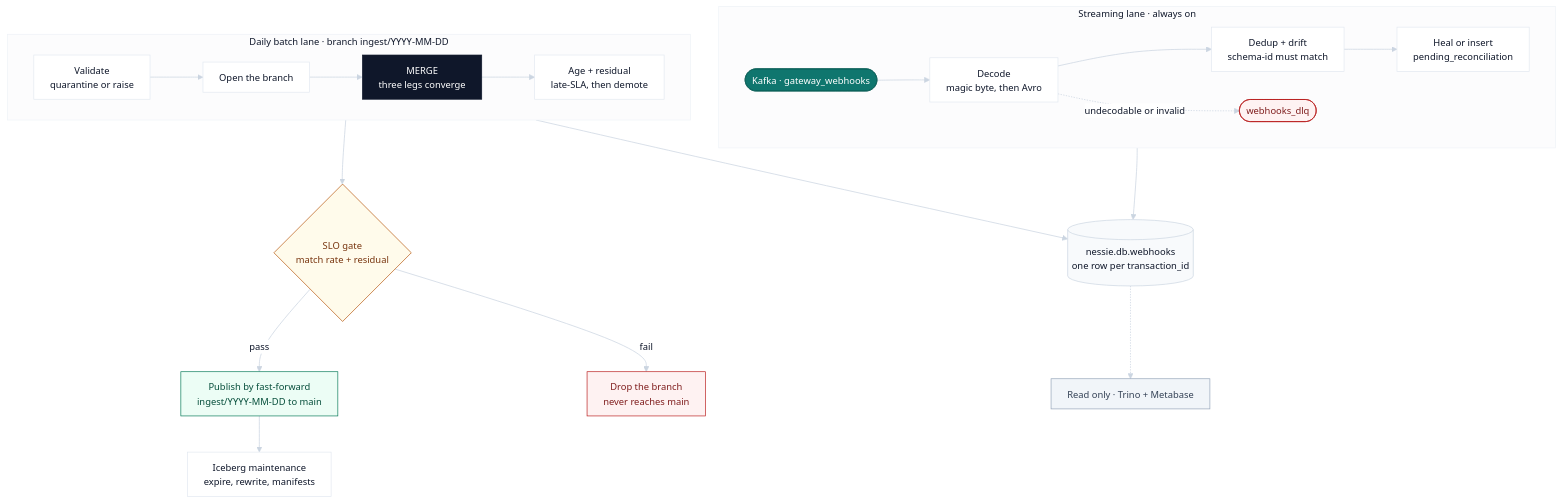
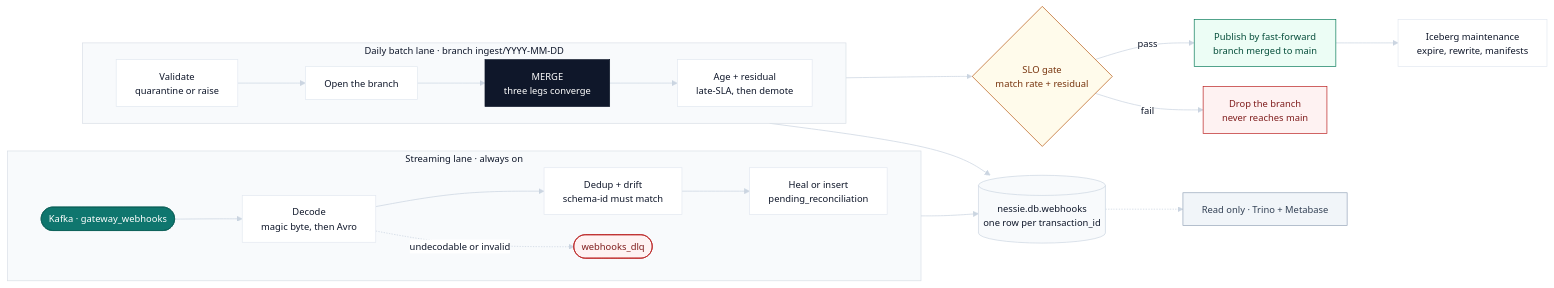
One commit to DhanushPillay/tx-recon changed the diagram in README.md. Above: the diagram before and after it, drawn with Mermaid. The commit also changed 1 other file, not shown here.

````diff
--- a/README.md
+++ b/README.md
@@ -87,36 +87,36 @@
 ```mermaid
-%%{init: {"theme": "base", "themeVariables": {"fontFamily": "Inter, Segoe UI, system-ui, sans-serif", "fontSize": "14px", "primaryColor": "#FFFFFF", "primaryTextColor": "#0F172A", "primaryBorderColor": "#E2E8F0", "lineColor": "#CBD5E1", "secondaryColor": "#F8FAFC", "tertiaryColor": "#F1F5F9", "clusterBkg": "#FCFCFD", "clusterBorder": "#EEF2F7", "edgeLabelBackground": "#FFFFFF", "mainBkg": "#FFFFFF", "titleColor": "#0F172A"}, "flowchart": {"curve": "basis", "nodeSpacing": 42, "rankSpacing": 54, "padding": 12, "useMaxWidth": true}}}%%
-flowchart TB
+%%{init: {"theme": "base", "look": "classic", "layout": "dagre", "themeVariables": {"fontSize": "14px", "primaryColor": "#FFFFFF", "primaryTextColor": "#0F172A", "primaryBorderColor": "#E2E8F0", "lineColor": "#CBD5E1", "secondaryColor": "#F8FAFC", "tertiaryColor": "#F1F5F9", "clusterBkg": "#FCFCFD", "clusterBorder": "#EEF2F7", "edgeLabelBackground": "#FFFFFF", "mainBkg": "#FFFFFF", "titleColor": "#0F172A", "useGradient": false}, "flowchart": {"curve": "basis", "nodeSpacing": 30, "rankSpacing": 76, "padding": 14, "useMaxWidth": true}}}%%
+flowchart LR
   subgraph SL["Streaming lane · always on"]
     direction LR
     K(["Kafka · gateway_webhooks"]):::ing --> D["Decode<br/>magic byte, then Avro"] --> DD["Dedup + drift<br/>schema-id must match"] --> H["Heal or insert<br/>pending_reconciliation"]
     D -.->|"undecodable or invalid"| DQ(["webhooks_dlq"]):::dead
   end
 
   subgraph BL["Daily batch lane · branch ingest/YYYY-MM-DD"]
     direction LR
     V["Validate<br/>quarantine or raise"] --> OB["Open the branch"] --> M["MERGE<br/>three legs converge"]:::merge --> AR["Age + residual<br/>late-SLA, then demote"]
   end
 
   T[("nessie.db.webhooks<br/>one row per transaction_id")]:::store
   H --> T
   M --> T
 
   AR --> G{"SLO gate<br/>match rate + residual"}:::gate
-  G -->|"pass"| P["Publish by fast-forward<br/>ingest/YYYY-MM-DD to main"]:::publish
+  G -->|"pass"| P["Publish by fast-forward<br/>branch merged to main"]:::publish
   P --> MT["Iceberg maintenance<br/>expire, rewrite, manifests"]
   G -->|"fail"| X["Drop the branch<br/>never reaches main"]:::dead
 
   T -.-> RO["Read only · Trino + Metabase"]:::serve
 
   classDef ing fill:#0F766E,stroke:#0B5F58,color:#FFFFFF,stroke-width:1px;
   classDef merge fill:#0F172A,stroke:#0F172A,color:#FFFFFF,stroke-width:1px;
   classDef store fill:#F8FAFC,stroke:#CBD5E1,color:#0F172A,stroke-width:1px;
   classDef gate fill:#FFFBEB,stroke:#B45309,color:#78350F,stroke-width:1px;
   classDef publish fill:#ECFDF5,stroke:#047857,color:#064E3B,stroke-width:1px;
   classDef dead fill:#FEF2F2,stroke:#B91C1C,color:#7F1D1D,stroke-width:1px;
   classDef serve fill:#F1F5F9,stroke:#94A3B8,color:#334155,stroke-width:1px;
-  style SL fill:#FCFCFD,stroke:#EEF2F7,stroke-width:1px;
-  style BL fill:#FCFCFD,stroke:#EEF2F7,stroke-width:1px;
+  style SL fill:#F8FAFC,stroke:#D8DEE6,stroke-width:1px;
+  style BL fill:#F8FAFC,stroke:#D8DEE6,stroke-width:1px;
   linkStyle default stroke:#CBD5E1,stroke-width:1.1px;
 ```
````
